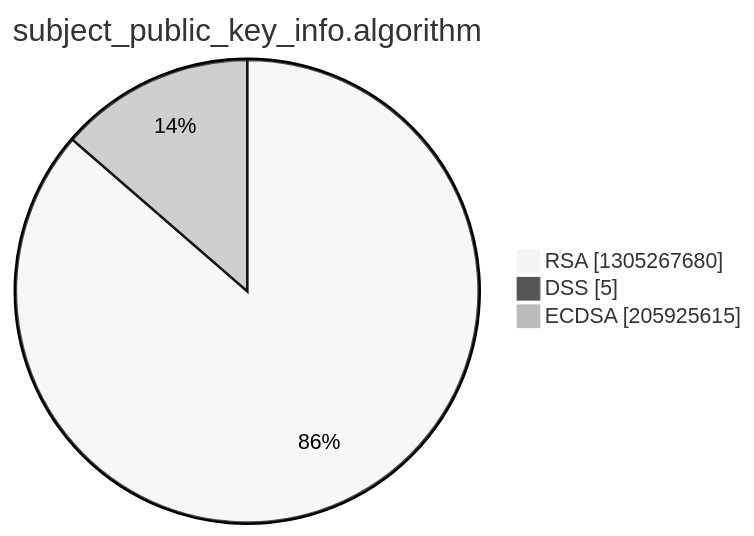
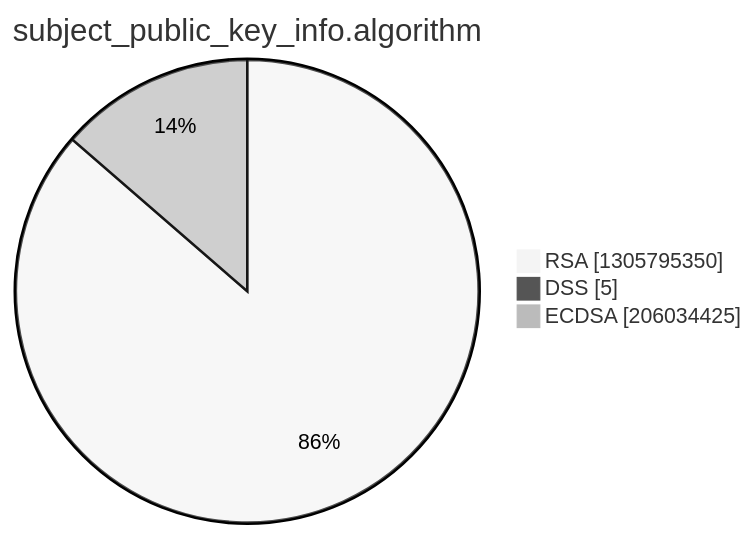
One commit to christiankrug/ctmonitor_visualization changed the third of 15 diagrams in argon2022/README.md. Above: the diagram before and after it, drawn with Mermaid (neutral theme). The commit also changed other lines of this file, not shown here.

````diff
--- a/argon2022/README.md
+++ b/argon2022/README.md
@@ -14,7 +14,7 @@
 ```mermaid
 pie showData
 title subject_public_key_info.algorithm
-"RSA" :1305267680
+"RSA" :1305795350
 "DSS" :5
-"ECDSA" :205925615
+"ECDSA" :206034425
 ```
````
